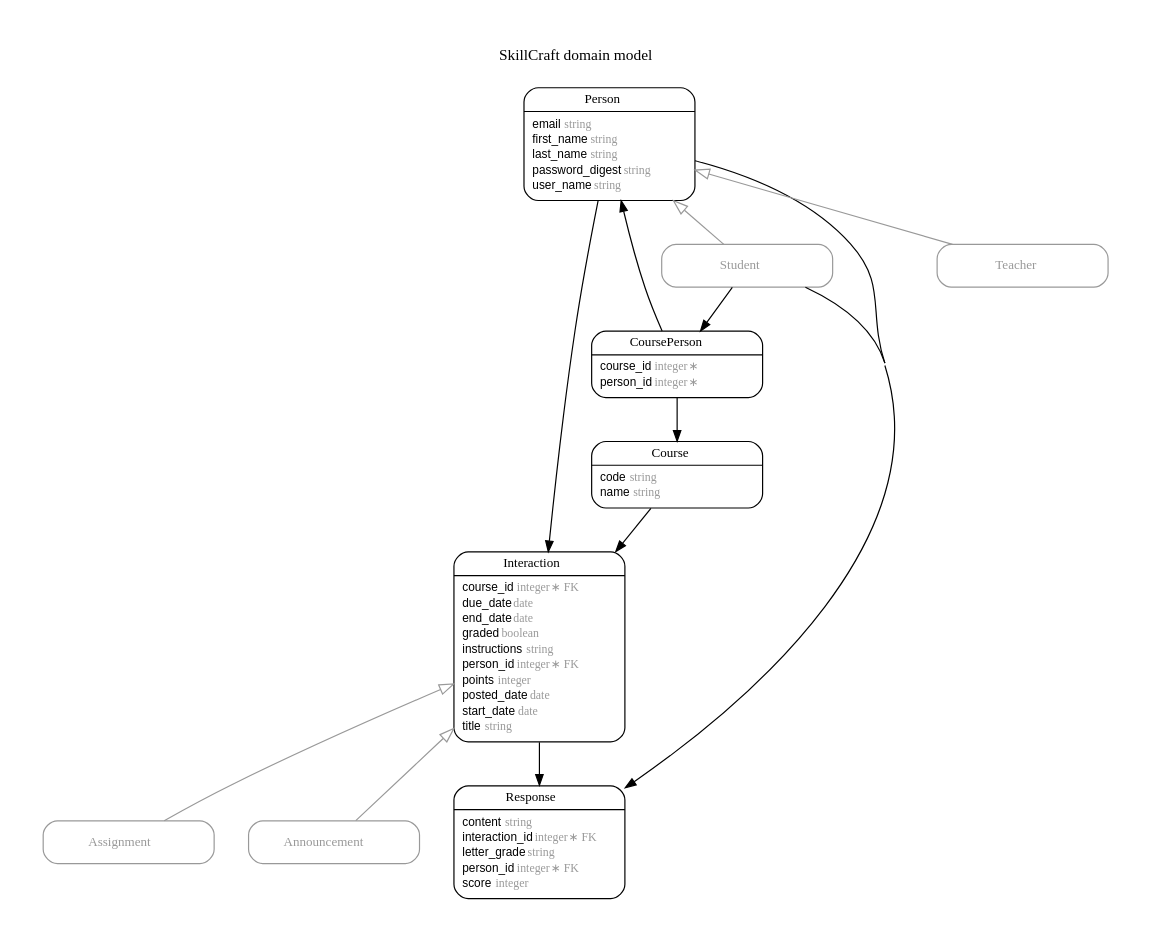
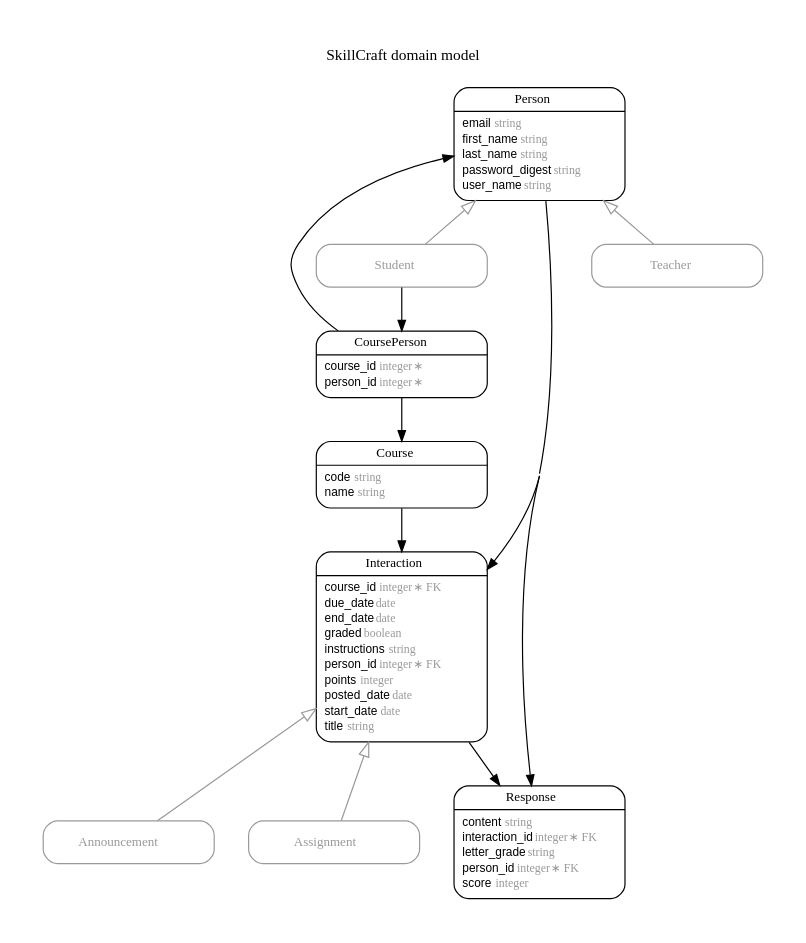
One commit to FergusDevelopmentLLC/skillcraft changed the diagram in erd.dot. Above: the diagram before and after it, drawn with Graphviz. The commit also changed 18 other files, not shown here.

```diff
--- a/erd.dot
+++ b/erd.dot
@@ -1,103 +1,102 @@
 digraph SkillCraft {
 rankdir = "LR";
 ranksep = "0.5";
 nodesep = "0.4";
 pad = "0.4,0.4";
 margin = "0,0";
 concentrate = "true";
 labelloc = "t";
 fontsize = "13";
 fontname = "Arial Bold";
 splines = "spline";
 node[ shape  =  "Mrecord" , fontsize  =  "10" , fontname  =  "Arial" , margin  =  "0.07,0.05" , penwidth  =  "1.0"];
 edge[ fontname  =  "Arial" , fontsize  =  "7" , dir  =  "both" , arrowsize  =  "0.9" , penwidth  =  "1.0" , labelangle  =  "32" , labeldistance  =  "1.8"];
 rankdir = "TB";
 label = "SkillCraft domain model\n\n";
 m_Announcement [color = "grey60", fontcolor = "grey60", label = <{<table border="0" align="center" cellspacing="0.5" cellpadding="0" width="134">
   <tr><td align="center" valign="bottom" width="130"><font face="Arial Bold" point-size="11">Announcement</font></td></tr>
 </table>
 }>];
 m_Assignment [color = "grey60", fontcolor = "grey60", label = <{<table border="0" align="center" cellspacing="0.5" cellpadding="0" width="134">
   <tr><td align="center" valign="bottom" width="130"><font face="Arial Bold" point-size="11">Assignment</font></td></tr>
 </table>
 }>];
 m_Course [label = <{<table border="0" align="center" cellspacing="0.5" cellpadding="0" width="134">
   <tr><td align="center" valign="bottom" width="130"><font face="Arial Bold" point-size="11">Course</font></td></tr>
 </table>
 |
 <table border="0" align="left" cellspacing="2" cellpadding="0" width="134">
   <tr><td align="left" width="130" port="code">code <font face="Arial Italic" color="grey60">string</font></td></tr>
   <tr><td align="left" width="130" port="name">name <font face="Arial Italic" color="grey60">string</font></td></tr>
 </table>
 }>];
 m_CoursePerson [label = <{<table border="0" align="center" cellspacing="0.5" cellpadding="0" width="134">
   <tr><td align="center" valign="bottom" width="130"><font face="Arial Bold" point-size="11">CoursePerson</font></td></tr>
 </table>
 |
 <table border="0" align="left" cellspacing="2" cellpadding="0" width="134">
   <tr><td align="left" width="130" port="course_id">course_id <font face="Arial Italic" color="grey60">integer ∗</font></td></tr>
   <tr><td align="left" width="130" port="person_id">person_id <font face="Arial Italic" color="grey60">integer ∗</font></td></tr>
 </table>
 }>];
 m_Interaction [label = <{<table border="0" align="center" cellspacing="0.5" cellpadding="0" width="134">
   <tr><td align="center" valign="bottom" width="130"><font face="Arial Bold" point-size="11">Interaction</font></td></tr>
 </table>
 |
 <table border="0" align="left" cellspacing="2" cellpadding="0" width="134">
   <tr><td align="left" width="130" port="course_id">course_id <font face="Arial Italic" color="grey60">integer ∗ FK</font></td></tr>
   <tr><td align="left" width="130" port="due_date">due_date <font face="Arial Italic" color="grey60">date</font></td></tr>
   <tr><td align="left" width="130" port="end_date">end_date <font face="Arial Italic" color="grey60">date</font></td></tr>
   <tr><td align="left" width="130" port="graded">graded <font face="Arial Italic" color="grey60">boolean</font></td></tr>
   <tr><td align="left" width="130" port="instructions">instructions <font face="Arial Italic" color="grey60">string</font></td></tr>
   <tr><td align="left" width="130" port="person_id">person_id <font face="Arial Italic" color="grey60">integer ∗ FK</font></td></tr>
   <tr><td align="left" width="130" port="points">points <font face="Arial Italic" color="grey60">integer</font></td></tr>
   <tr><td align="left" width="130" port="posted_date">posted_date <font face="Arial Italic" color="grey60">date</font></td></tr>
   <tr><td align="left" width="130" port="start_date">start_date <font face="Arial Italic" color="grey60">date</font></td></tr>
   <tr><td align="left" width="130" port="title">title <font face="Arial Italic" color="grey60">string</font></td></tr>
 </table>
 }>];
 m_Person [label = <{<table border="0" align="center" cellspacing="0.5" cellpadding="0" width="134">
   <tr><td align="center" valign="bottom" width="130"><font face="Arial Bold" point-size="11">Person</font></td></tr>
 </table>
 |
 <table border="0" align="left" cellspacing="2" cellpadding="0" width="134">
   <tr><td align="left" width="130" port="email">email <font face="Arial Italic" color="grey60">string</font></td></tr>
   <tr><td align="left" width="130" port="first_name">first_name <font face="Arial Italic" color="grey60">string</font></td></tr>
   <tr><td align="left" width="130" port="last_name">last_name <font face="Arial Italic" color="grey60">string</font></td></tr>
   <tr><td align="left" width="130" port="password_digest">password_digest <font face="Arial Italic" color="grey60">string</font></td></tr>
   <tr><td align="left" width="130" port="user_name">user_name <font face="Arial Italic" color="grey60">string</font></td></tr>
 </table>
 }>];
 m_Response [label = <{<table border="0" align="center" cellspacing="0.5" cellpadding="0" width="134">
   <tr><td align="center" valign="bottom" width="130"><font face="Arial Bold" point-size="11">Response</font></td></tr>
 </table>
 |
 <table border="0" align="left" cellspacing="2" cellpadding="0" width="134">
   <tr><td align="left" width="130" port="content">content <font face="Arial Italic" color="grey60">string</font></td></tr>
   <tr><td align="left" width="130" port="interaction_id">interaction_id <font face="Arial Italic" color="grey60">integer ∗ FK</font></td></tr>
   <tr><td align="left" width="130" port="letter_grade">letter_grade <font face="Arial Italic" color="grey60">string</font></td></tr>
   <tr><td align="left" width="130" port="person_id">person_id <font face="Arial Italic" color="grey60">integer ∗ FK</font></td></tr>
   <tr><td align="left" width="130" port="score">score <font face="Arial Italic" color="grey60">integer</font></td></tr>
 </table>
 }>];
 m_Student [color = "grey60", fontcolor = "grey60", label = <{<table border="0" align="center" cellspacing="0.5" cellpadding="0" width="134">
   <tr><td align="center" valign="bottom" width="130"><font face="Arial Bold" point-size="11">Student</font></td></tr>
 </table>
 }>];
 m_Teacher [color = "grey60", fontcolor = "grey60", label = <{<table border="0" align="center" cellspacing="0.5" cellpadding="0" width="134">
   <tr><td align="center" valign="bottom" width="130"><font face="Arial Bold" point-size="11">Teacher</font></td></tr>
 </table>
 }>];
   m_Interaction -> m_Announcement [color = "grey60", arrowtail = "onormal", arrowhead = "none", arrowsize = "1.2"];
   m_Interaction -> m_Assignment [color = "grey60", arrowtail = "onormal", arrowhead = "none", arrowsize = "1.2"];
   m_Person -> m_Student [color = "grey60", arrowtail = "onormal", arrowhead = "none", arrowsize = "1.2"];
   m_Person -> m_Teacher [color = "grey60", arrowtail = "onormal", arrowhead = "none", arrowsize = "1.2"];
-  m_Person -> m_Interaction [arrowhead = "normal", arrowtail = "none", weight = "5"];
-  m_Person -> m_Response [arrowhead = "normal", arrowtail = "none", weight = "3"];
-  m_Student -> m_Response [arrowhead = "normal", arrowtail = "none", weight = "1"];
+  m_Person -> m_Interaction [arrowhead = "normal", arrowtail = "none", weight = "6"];
+  m_Person -> m_Response [arrowhead = "normal", arrowtail = "none", weight = "4"];
   m_Student -> m_CoursePerson [arrowhead = "normal", arrowtail = "none", weight = "1"];
   m_Course -> m_Interaction [arrowhead = "normal", arrowtail = "none", weight = "3"];
   m_Interaction -> m_Response [arrowhead = "normal", arrowtail = "none", weight = "4"];
   m_CoursePerson -> m_Person [arrowhead = "normal", arrowtail = "none", weight = "1"];
   m_CoursePerson -> m_Course [arrowhead = "normal", arrowtail = "none", weight = "1"];
 }
```
